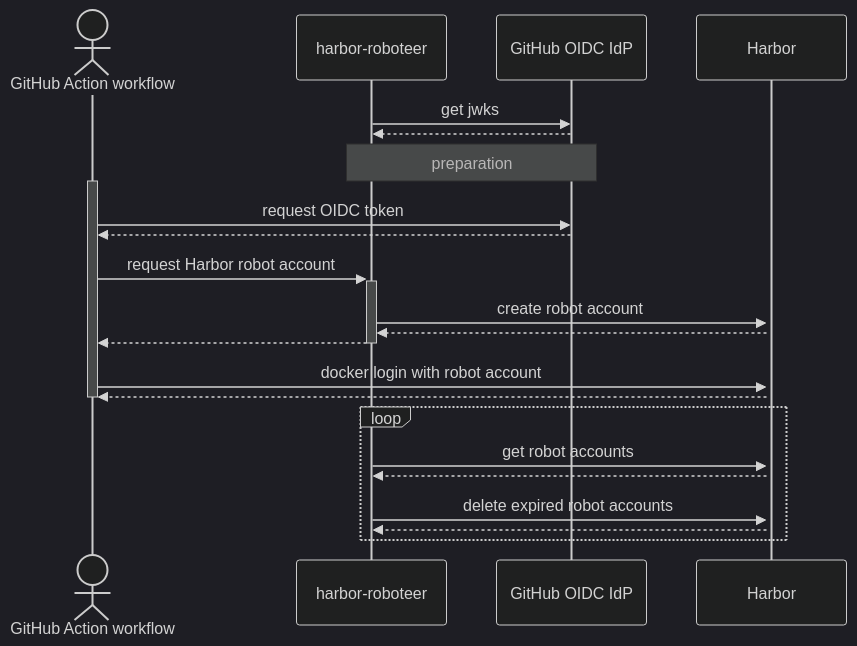
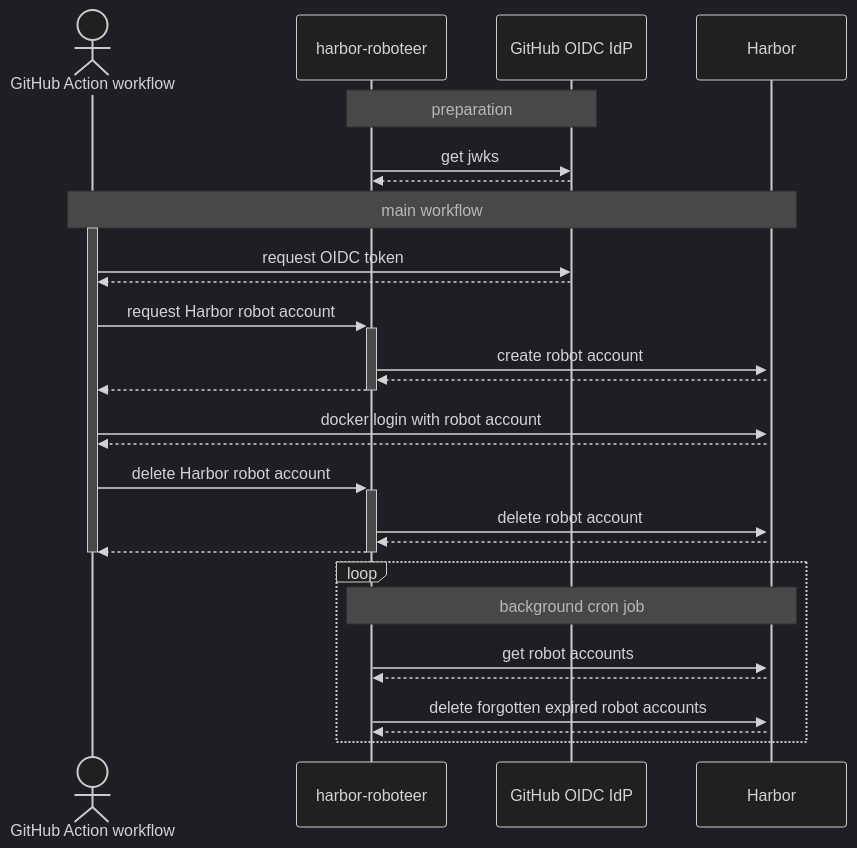
Before and after one commit to RiskIdent/harbor-roboteer: the diagram in README.md, drawn with Mermaid (dark theme). The commit also changed other lines of this file and 2 other files, not shown here.

````diff
--- a/README.md
+++ b/README.md
@@ -12,28 +410,35 @@
 ```mermaid
 sequenceDiagram
     actor GitHub Action workflow
 
+    Note over harbor-roboteer,GitHub OIDC IdP: preparation
     harbor-roboteer->>GitHub OIDC IdP: get jwks
     GitHub OIDC IdP-->>harbor-roboteer:
-    Note over harbor-roboteer,GitHub OIDC IdP: preparation
 
+    Note over GitHub Action workflow,Harbor: main workflow
     activate GitHub Action workflow
     GitHub Action workflow->>GitHub OIDC IdP: request OIDC token
     GitHub OIDC IdP-->>GitHub Action workflow:
 
     GitHub Action workflow->>+harbor-roboteer: request Harbor robot account
     harbor-roboteer->>+Harbor: create robot account
     Harbor-->>harbor-roboteer:
     harbor-roboteer-->>-GitHub Action workflow:
 
     GitHub Action workflow->>Harbor: docker login with robot account
     Harbor-->>GitHub Action workflow:
+
+    GitHub Action workflow->>+harbor-roboteer: delete Harbor robot account
+    harbor-roboteer->>+Harbor: delete robot account
+    Harbor-->>harbor-roboteer:
+    harbor-roboteer-->>-GitHub Action workflow:
     deactivate GitHub Action workflow
 
     loop
+        Note over harbor-roboteer,Harbor: background cron job
         harbor-roboteer->>Harbor: get robot accounts
         Harbor-->>harbor-roboteer:
-        harbor-roboteer->>Harbor: delete expired robot accounts
+        harbor-roboteer->>Harbor: delete forgotten expired robot accounts
         Harbor-->>harbor-roboteer:
     end
 ```
````
